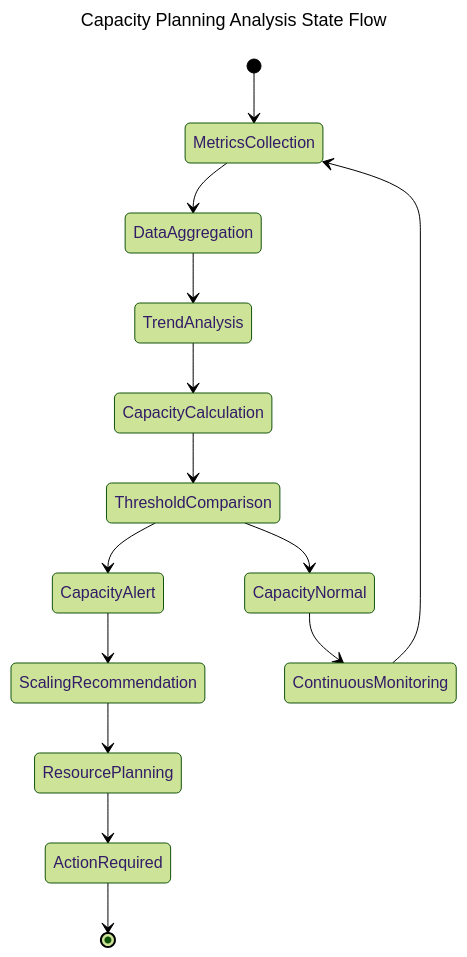
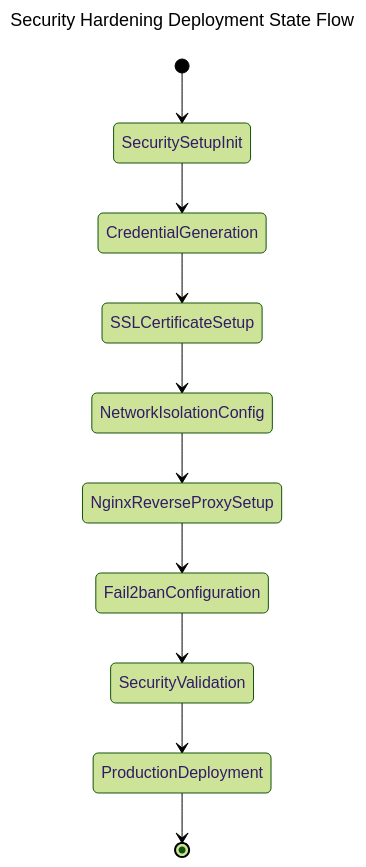
One commit to RustedVikingOG/n8n_docker_stack changed diagram 25 of 32 in docs/designs/use_cases.md. Above: the diagram before and after it, drawn with Mermaid (forest theme). The commit also changed other lines of this file and 2 other files, not shown here.

````diff
--- a/docs/designs/use_cases.md
+++ b/docs/designs/use_cases.md
@@ -1340,19 +1027,15 @@
 ```mermaid
 ---
-title: Capacity Planning Analysis State Flow
+title: Security Hardening Deployment State Flow
 ---
 stateDiagram-v2
-    [*] --> MetricsCollection
-    MetricsCollection --> DataAggregation
-    DataAggregation --> TrendAnalysis
-    TrendAnalysis --> CapacityCalculation
-    CapacityCalculation --> ThresholdComparison
-    ThresholdComparison --> CapacityAlert
-    ThresholdComparison --> CapacityNormal
-    CapacityAlert --> ScalingRecommendation
-    ScalingRecommendation --> ResourcePlanning
-    ResourcePlanning --> ActionRequired
-    CapacityNormal --> ContinuousMonitoring
-    ActionRequired --> [*]
-    ContinuousMonitoring --> MetricsCollection
+    [*] --> SecuritySetupInit
+    SecuritySetupInit --> CredentialGeneration
+    CredentialGeneration --> SSLCertificateSetup
+    SSLCertificateSetup --> NetworkIsolationConfig
+    NetworkIsolationConfig --> NginxReverseProxySetup
+    NginxReverseProxySetup --> Fail2banConfiguration
+    Fail2banConfiguration --> SecurityValidation
+    SecurityValidation --> ProductionDeployment
+    ProductionDeployment --> [*]
 ```
````
